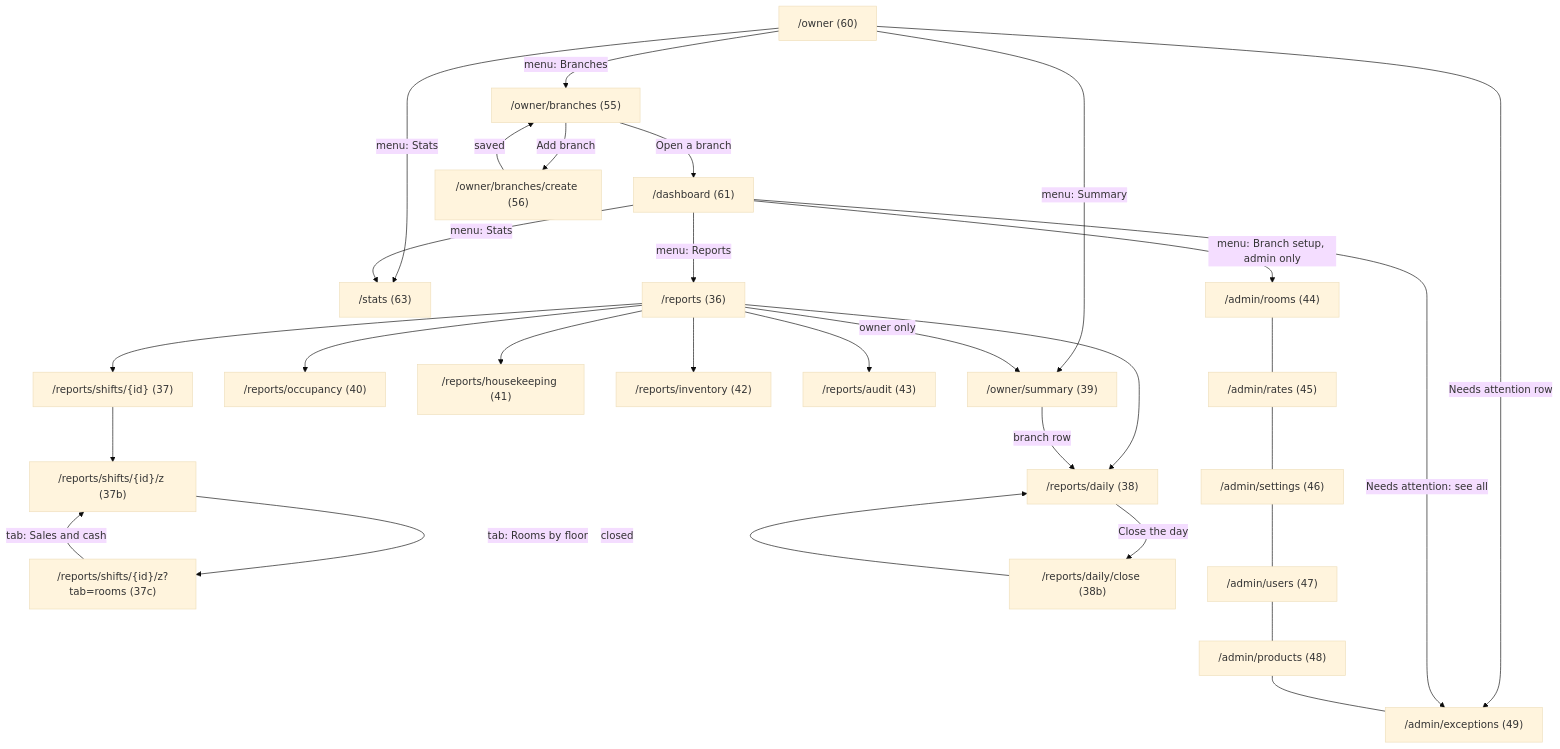
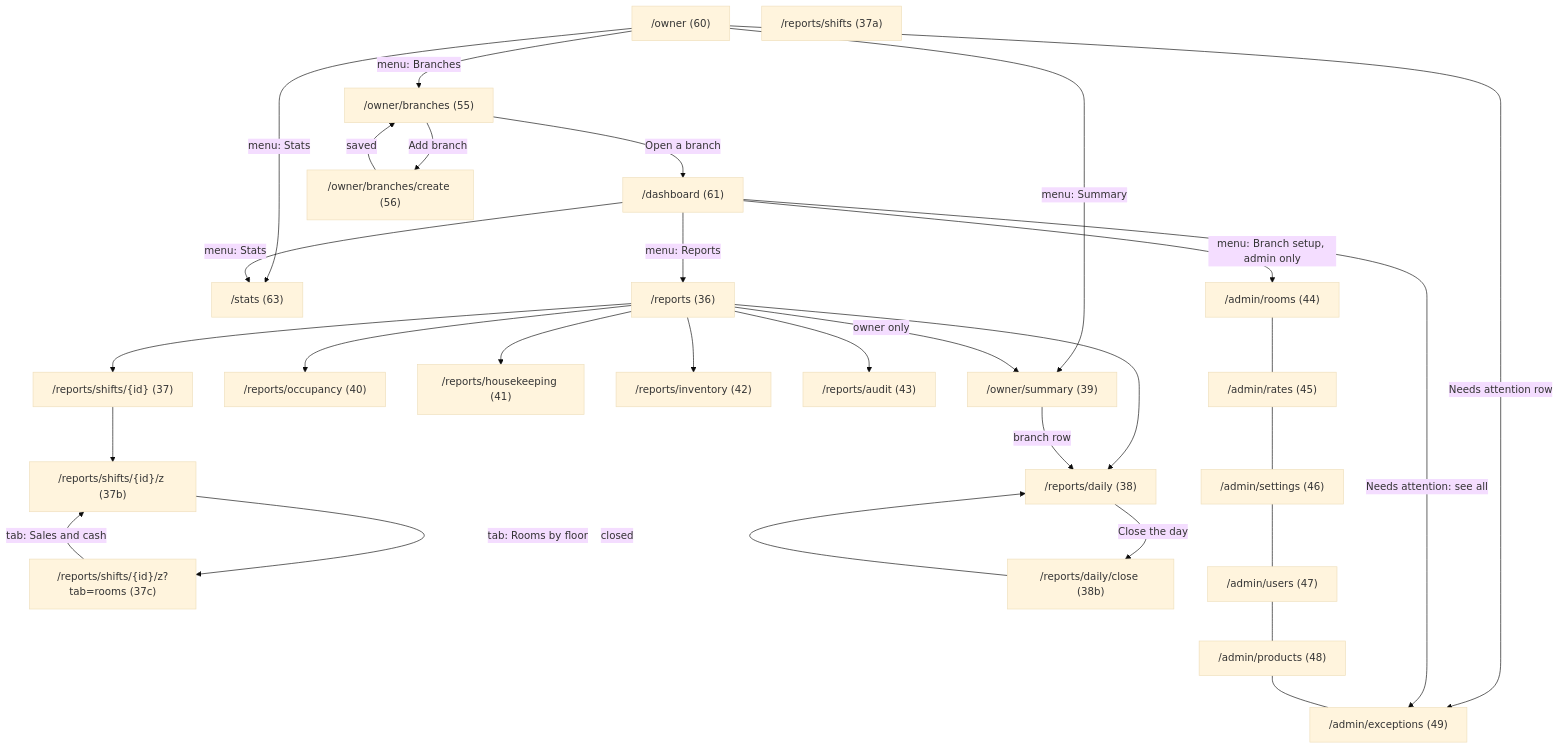
Before and after one commit to GabJeungSook/HotelV4: the fourth of 12 diagrams in docs/APP_FLOW.md, drawn with Mermaid (base theme). The commit also changed other lines of this file and 73 other files, not shown here.

````diff
--- a/docs/APP_FLOW.md
+++ b/docs/APP_FLOW.md
@@ -162,55 +162,56 @@
 ```mermaid
 flowchart TD
     ownerdash["/owner (60)"]
     dash["/dashboard (61)"]
     stats["/stats (63)"]
     hub["/reports (36)"]
+    rshifts["/reports/shifts (37a)"]
     rshift["/reports/shifts/{id} (37)"]
     rz["/reports/shifts/{id}/z (37b)"]
     rzrooms["/reports/shifts/{id}/z?tab=rooms (37c)"]
     rdaily["/reports/daily (38)"]
     rclose["/reports/daily/close (38b)"]
     rocc["/reports/occupancy (40)"]
     rhk["/reports/housekeeping (41)"]
     rinv["/reports/inventory (42)"]
     raudit["/reports/audit (43)"]
     arooms["/admin/rooms (44)"]
     arates["/admin/rates (45)"]
     asettings["/admin/settings (46)"]
     ausers["/admin/users (47)"]
     aproducts["/admin/products (48)"]
     aexc["/admin/exceptions (49)"]
     obranches["/owner/branches (55)"]
     onew["/owner/branches/create (56)"]
     osummary["/owner/summary (39)"]
 
     ownerdash -->|"menu: Branches"| obranches
     ownerdash -->|"menu: Summary"| osummary
     ownerdash -->|"menu: Stats"| stats
     ownerdash -->|"Needs attention row"| aexc
     dash -->|"menu: Stats"| stats
     dash -->|"menu: Reports"| hub
     dash -->|"menu: Branch setup, admin only"| arooms
     dash -->|"Needs attention: see all"| aexc
     hub --> rshift
     rshift --> rz
     rz -->|"tab: Rooms by floor"| rzrooms
     rzrooms -->|"tab: Sales and cash"| rz
     hub --> rdaily
     rdaily -->|"Close the day"| rclose
     rclose -->|"closed"| rdaily
     hub --> rocc
     hub --> rhk
     hub --> rinv
     hub --> raudit
     arooms --- arates
     arates --- asettings
     asettings --- ausers
     ausers --- aproducts
     aproducts --- aexc
     obranches -->|"Add branch"| onew
     onew -->|"saved"| obranches
     obranches -->|"Open a branch"| dash
     osummary -->|"branch row"| rdaily
     hub -->|"owner only"| osummary
 ```
````
